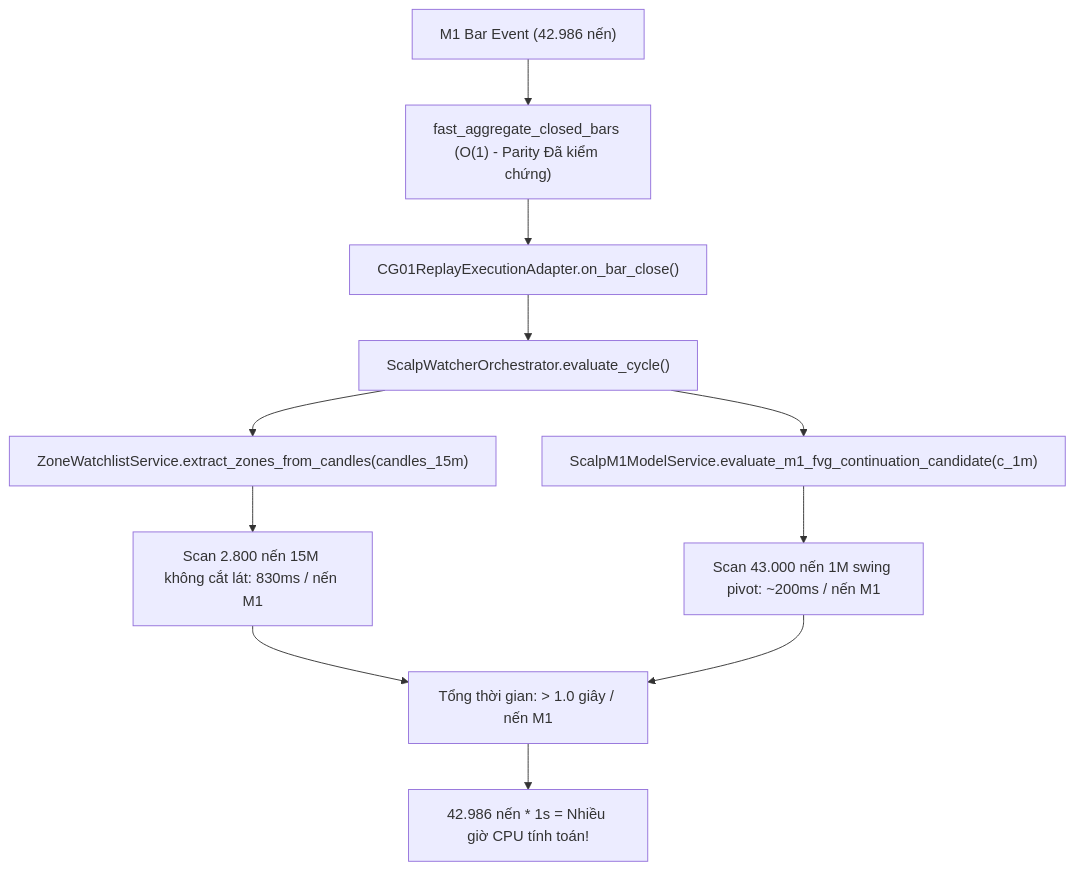
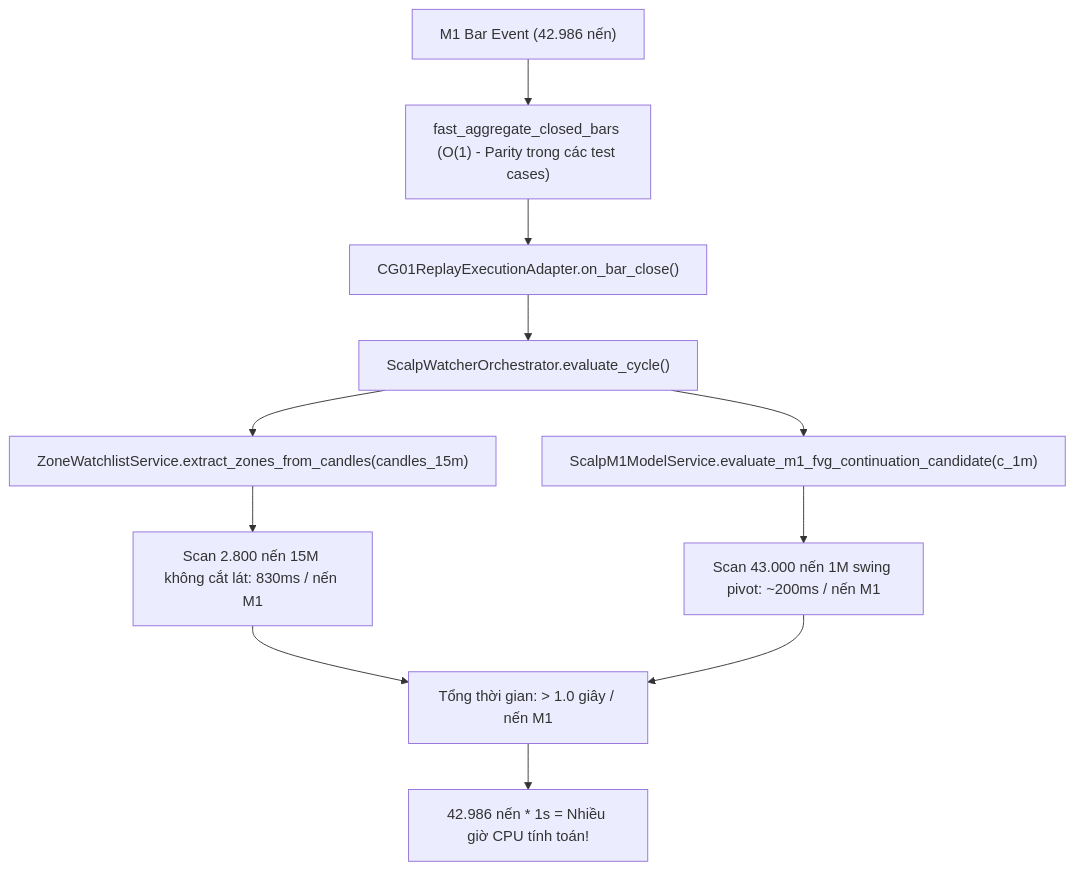
Before and after one commit to quocan050302/Build-app-crypto: the diagram in aurum-desk/research_artifacts/cg01_v16_27_baseline_20261018/CG01_V16_27_BASELINE_PERFORMANCE_REPORT.md, drawn with Mermaid. The commit also changed other lines of this file and 8 other files, not shown here.

Commit message:
fix(research): reconcile replay trade schema and verify audit claims

````diff
--- a/aurum-desk/research_artifacts/cg01_v16_27_baseline_20261018/CG01_V16_27_BASELINE_PERFORMANCE_REPORT.md
+++ b/aurum-desk/research_artifacts/cg01_v16_27_baseline_20261018/CG01_V16_27_BASELINE_PERFORMANCE_REPORT.md
@@ -80,13 +80,13 @@
 ```mermaid
 flowchart TD
-    A["M1 Bar Event (42.986 nến)"] --> B["fast_aggregate_closed_bars (O(1) - Parity Đã kiểm chứng)"]
+    A["M1 Bar Event (42.986 nến)"] --> B["fast_aggregate_closed_bars (O(1) - Parity trong các test cases)"]
     B --> C["CG01ReplayExecutionAdapter.on_bar_close()"]
     C --> D["ScalpWatcherOrchestrator.evaluate_cycle()"]
     D --> E["ZoneWatchlistService.extract_zones_from_candles(candles_15m)"]
     D --> F["ScalpM1ModelService.evaluate_m1_fvg_continuation_candidate(c_1m)"]
     E --> G["Scan 2.800 nến 15M không cắt lát: 830ms / nến M1"]
     F --> H["Scan 43.000 nến 1M swing pivot: ~200ms / nến M1"]
     G --> I["Tổng thời gian: > 1.0 giây / nến M1"]
     H --> I
     I --> J["42.986 nến * 1s = Nhiều giờ CPU tính toán!"]
 ```
````
